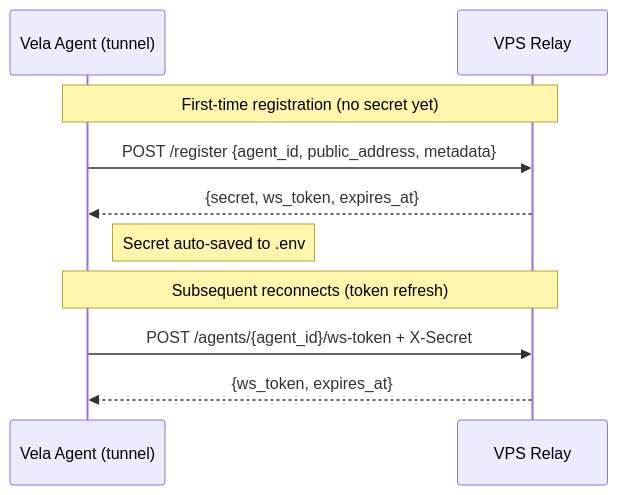
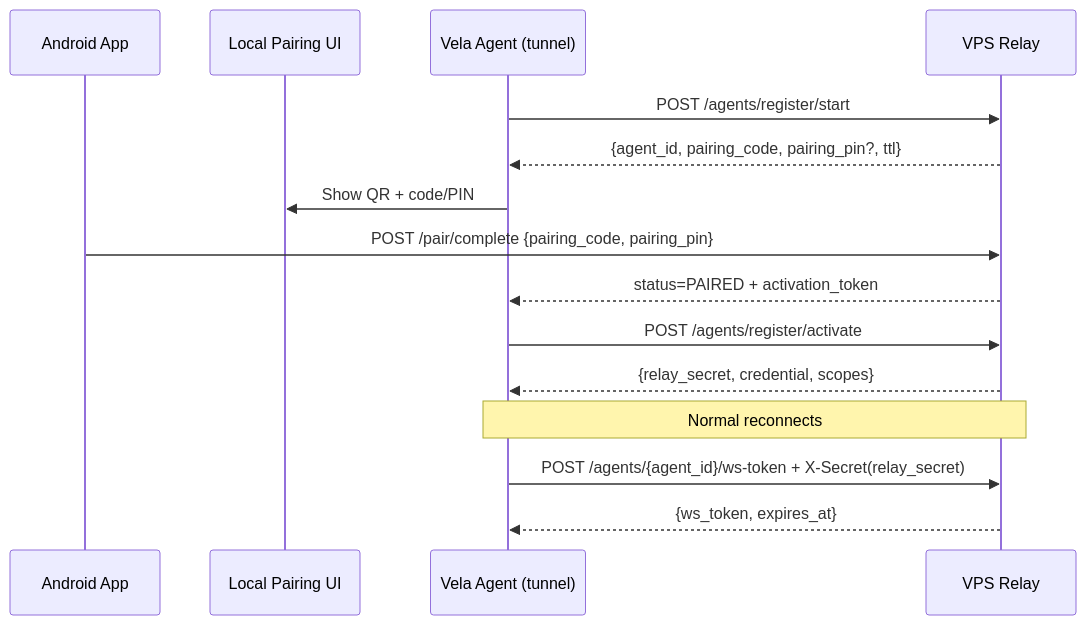
One commit to mikesplore/vela changed the third of 3 diagrams in README.md. Above: the diagram before and after it, drawn with Mermaid. The commit also changed other lines of this file, not shown here.

Commit message:
Revise agent onboarding process: replace one-time registration with browser-based QR pairing and code/PIN fallback. Update sequence diagram and documentation to reflect new pairing flow and enhance service management commands. Adjust configuration variables for clarity and consistency.

````diff
--- a/README.md
+++ b/README.md
@@ -69,15 +69,21 @@
 ```mermaid
 sequenceDiagram
+    participant App as Android App
+    participant Browser as Local Pairing UI
     participant Agent as Vela Agent (tunnel)
     participant VPS as VPS Relay
 
-    Note over Agent,VPS: First-time registration (no secret yet)
-    Agent->>VPS: POST /register {agent_id, public_address, metadata}
-    VPS-->>Agent: {secret, ws_token, expires_at}
-    Note right of Agent: Secret auto-saved to .env
+    Agent->>VPS: POST /agents/register/start
+    VPS-->>Agent: {agent_id, pairing_code, pairing_pin?, ttl}
+    Agent->>Browser: Show QR + code/PIN
 
-    Note over Agent,VPS: Subsequent reconnects (token refresh)
-    Agent->>VPS: POST /agents/{agent_id}/ws-token + X-Secret
+    App->>VPS: POST /pair/complete {pairing_code, pairing_pin}
+    VPS-->>Agent: status=PAIRED + activation_token
+    Agent->>VPS: POST /agents/register/activate
+    VPS-->>Agent: {relay_secret, credential, scopes}
+
+    Note over Agent,VPS: Normal reconnects
+    Agent->>VPS: POST /agents/{agent_id}/ws-token + X-Secret(relay_secret)
     VPS-->>Agent: {ws_token, expires_at}
 
 ```
````
